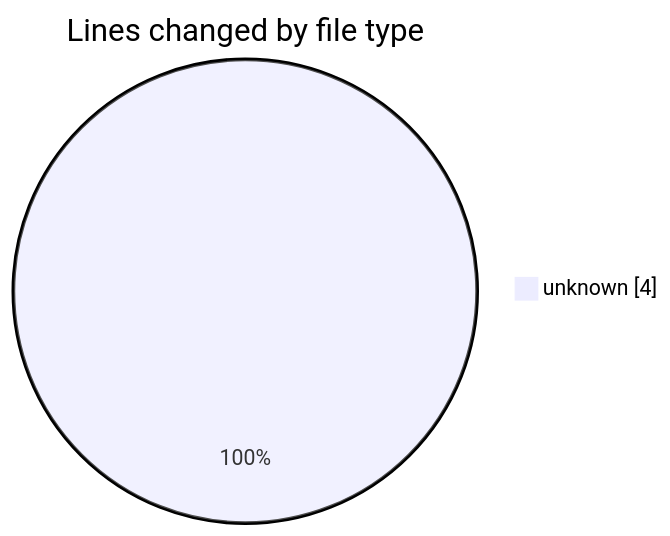
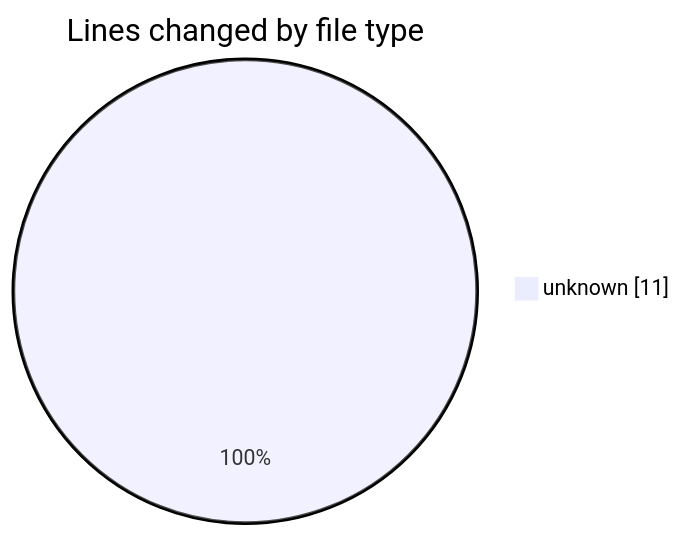
One commit to hasnaa123/code-tracking changed the first of 2 diagrams in 2026-04-12/chatserver/README.md. Above: the diagram before and after it, drawn with Mermaid. The commit also changed other lines of this file and 1 other file, not shown here.

````diff
--- a/2026-04-12/chatserver/README.md
+++ b/2026-04-12/chatserver/README.md
@@ -20,5 +20,5 @@
 ```mermaid
 pie showData
 title Lines changed by file type
-"unknown" : 4
+"unknown" : 11
 ```
````
